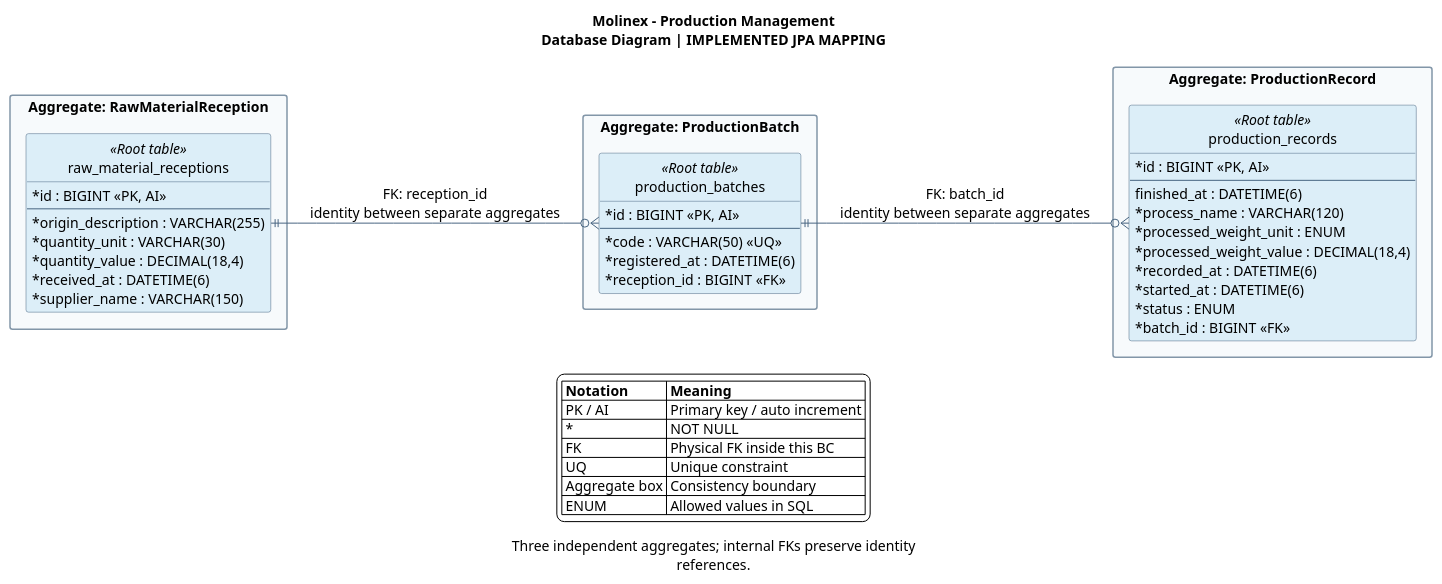
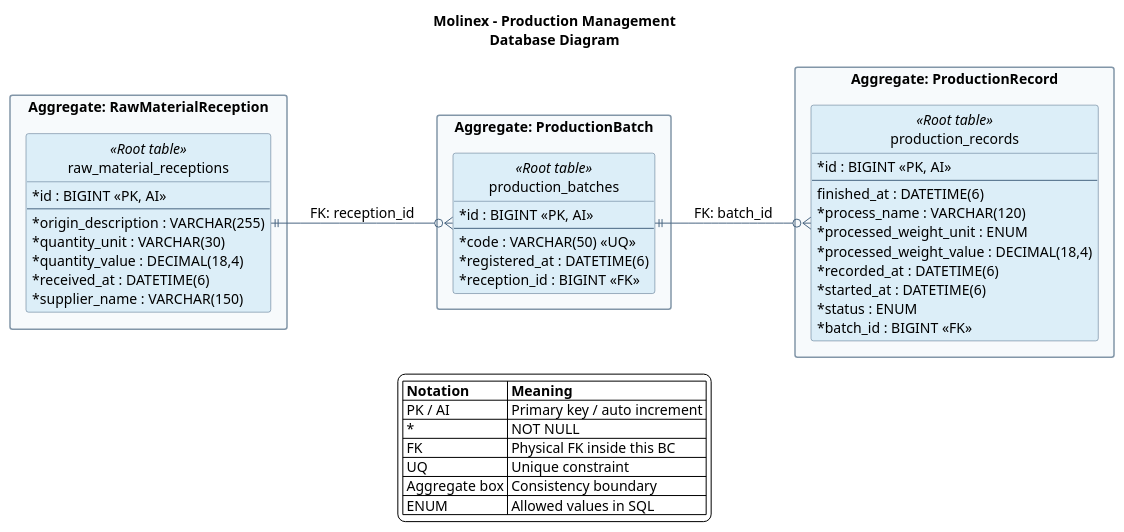
Before and after one commit to Vanguard-open-source/molinex-report: the diagram in assets/Images Chapter 4/Database Design/Database Diagrams/production-management-database.puml, drawn with PlantUML. The commit also changed 14 other files, not shown here.

Commit message:
docs(database): simplify diagram descriptions and titles

```diff
--- a/assets/Images Chapter 4/Database Design/Database Diagrams/production-management-database.puml
+++ b/assets/Images Chapter 4/Database Design/Database Diagrams/production-management-database.puml
@@ -1,66 +1,62 @@
 @startuml
 left to right direction
 hide circle
 hide methods
 skinparam backgroundColor #FFFFFF
 skinparam shadowing false
 skinparam defaultFontName Arial
 skinparam defaultFontSize 14
 skinparam classAttributeIconSize 0
 skinparam packageStyle rectangle
 skinparam ArrowColor #486581
 skinparam nodesep 50
 skinparam ranksep 75
 skinparam classBorderColor #486581
 skinparam packageBorderColor #8296A8
-title Molinex - Production Management\nDatabase Diagram | IMPLEMENTED JPA MAPPING
-caption
-Three independent aggregates; internal FKs preserve identity
-references.
-endcaption
+title Molinex - Production Management\nDatabase Diagram
 package "Aggregate: RawMaterialReception" as aggregate_0 #F7FAFC {
 entity "raw_material_receptions" as raw_material_receptions <<Root table>> #DCEEF8 {
   * id : BIGINT <<PK, AI>>
   --
   * origin_description : VARCHAR(255)
   * quantity_unit : VARCHAR(30)
   * quantity_value : DECIMAL(18,4)
   * received_at : DATETIME(6)
   * supplier_name : VARCHAR(150)
 }
 }
 package "Aggregate: ProductionBatch" as aggregate_1 #F7FAFC {
 entity "production_batches" as production_batches <<Root table>> #DCEEF8 {
   * id : BIGINT <<PK, AI>>
   --
   * code : VARCHAR(50) <<UQ>>
   * registered_at : DATETIME(6)
   * reception_id : BIGINT <<FK>>
 }
 }
 package "Aggregate: ProductionRecord" as aggregate_2 #F7FAFC {
 entity "production_records" as production_records <<Root table>> #DCEEF8 {
   * id : BIGINT <<PK, AI>>
   --
   finished_at : DATETIME(6)
   * process_name : VARCHAR(120)
   * processed_weight_unit : ENUM
   * processed_weight_value : DECIMAL(18,4)
   * recorded_at : DATETIME(6)
   * started_at : DATETIME(6)
   * status : ENUM
   * batch_id : BIGINT <<FK>>
 }
 }
-raw_material_receptions ||--o{ production_batches : FK: reception_id\nidentity between separate aggregates
-production_batches ||--o{ production_records : FK: batch_id\nidentity between separate aggregates
+raw_material_receptions ||--o{ production_batches : FK: reception_id
+production_batches ||--o{ production_records : FK: batch_id
 legend bottom
 |= Notation |= Meaning |
 | PK / AI | Primary key / auto increment |
 | * | NOT NULL |
 | FK | Physical FK inside this BC |
 | UQ | Unique constraint |
 | Aggregate box | Consistency boundary |
 | ENUM | Allowed values in SQL |
 endlegend
 @enduml
```
